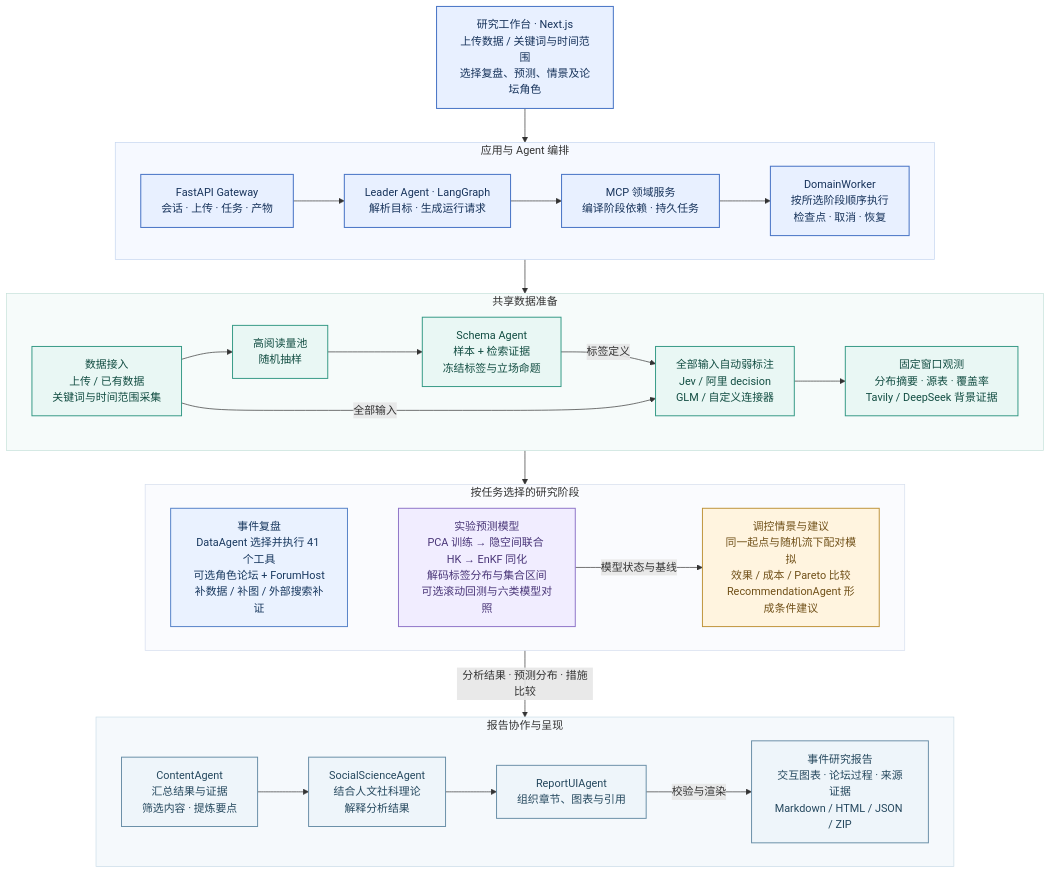
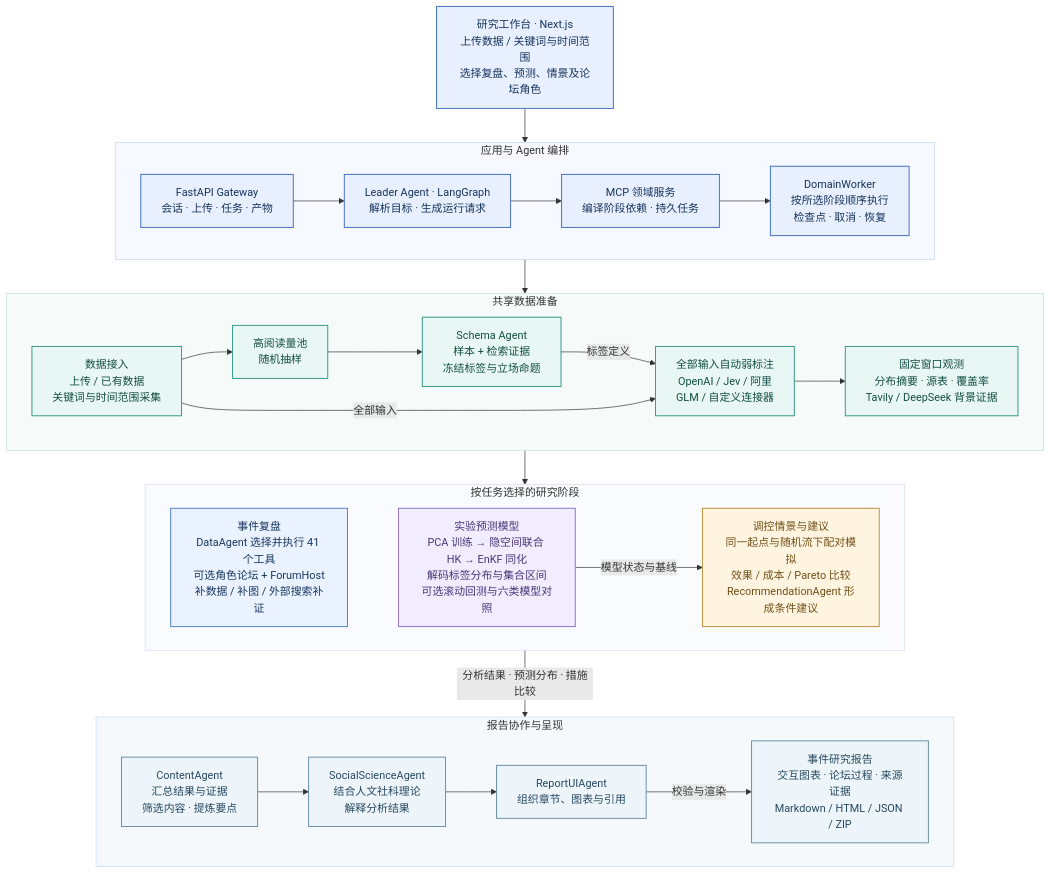
One commit to Hyacehila/Tweets2Insights changed the diagram in doc/diagrams/system-architecture.mmd. Above: the diagram before and after it, drawn with Mermaid. The commit also changed 41 other files, not shown here.

```diff
--- a/doc/diagrams/system-architecture.mmd
+++ b/doc/diagrams/system-architecture.mmd
@@ -1,61 +1,61 @@
 flowchart TB
     UI["研究工作台 · Next.js<br/>上传数据 / 关键词与时间范围<br/>选择复盘、预测、情景及论坛角色"]
 
     subgraph ORCHESTRATION["应用与 Agent 编排"]
         direction LR
         API["FastAPI Gateway<br/>会话 · 上传 · 任务 · 产物"]
         LEADER["Leader Agent · LangGraph<br/>解析目标 · 生成运行请求"]
         SERVICE["MCP 领域服务<br/>编译阶段依赖 · 持久任务"]
         WORKER["DomainWorker<br/>按所选阶段顺序执行<br/>检查点 · 取消 · 恢复"]
         API --> LEADER --> SERVICE --> WORKER
     end
     UI --> ORCHESTRATION
 
     subgraph PREP["共享数据准备"]
         direction LR
         DATA["数据接入<br/>上传 / 已有数据<br/>关键词与时间范围采集"]
         SAMPLE["高阅读量池<br/>随机抽样"]
         SCHEMA["Schema Agent<br/>样本 + 检索证据<br/>冻结标签与立场命题"]
-        LABEL["全部输入自动弱标注<br/>Jev / 阿里 decision<br/>GLM / 自定义连接器"]
+        LABEL["全部输入自动弱标注<br/>OpenAI / Jev / 阿里<br/>GLM / 自定义连接器"]
         OBS["固定窗口观测<br/>分布摘要 · 源表 · 覆盖率<br/>Tavily / DeepSeek 背景证据"]
         DATA --> SAMPLE --> SCHEMA -->|标签定义| LABEL --> OBS
         DATA -->|全部输入| LABEL
     end
     ORCHESTRATION --> PREP
 
     subgraph STUDY["按任务选择的研究阶段"]
         direction LR
         ANALYSIS["事件复盘<br/>DataAgent 选择并执行 41 个工具<br/>可选角色论坛 + ForumHost<br/>补数据 / 补图 / 外部搜索补证"]
         FORECAST["实验预测模型<br/>PCA 训练 → 隐空间联合 HK → EnKF 同化<br/>解码标签分布与集合区间<br/>可选滚动回测与六类模型对照"]
         SCENARIO["调控情景与建议<br/>同一起点与随机流下配对模拟<br/>效果 / 成本 / Pareto 比较<br/>RecommendationAgent 形成条件建议"]
         ANALYSIS ~~~ FORECAST
         FORECAST -->|模型状态与基线| SCENARIO
     end
     PREP --> STUDY
 
     subgraph REPORT["报告协作与呈现"]
         direction LR
         CONTENT["ContentAgent<br/>汇总结果与证据<br/>筛选内容 · 提炼要点"]
         THEORY["SocialScienceAgent<br/>结合人文社科理论<br/>解释分析结果"]
         LAYOUT["ReportUIAgent<br/>组织章节、图表与引用"]
         OUTPUT["事件研究报告<br/>交互图表 · 论坛过程 · 来源证据<br/>Markdown / HTML / JSON / ZIP"]
         CONTENT --> THEORY --> LAYOUT -->|校验与渲染| OUTPUT
     end
     STUDY -->|分析结果 · 预测分布 · 措施比较| REPORT
 
     classDef entry fill:#e8f0ff,stroke:#4975c6,color:#17335b,stroke-width:1.5px
     classDef prep fill:#e9f7f4,stroke:#309782,color:#124d42,stroke-width:1.4px
     classDef analysis fill:#eaf2ff,stroke:#507ec6,color:#18385f,stroke-width:1.4px
     classDef model fill:#f1edff,stroke:#8b71c6,color:#483477,stroke-width:1.4px
     classDef scenario fill:#fff4df,stroke:#bd9035,color:#705018,stroke-width:1.4px
     classDef report fill:#eef5fa,stroke:#668ca5,color:#25485e,stroke-width:1.4px
     class UI,API,LEADER,SERVICE,WORKER entry
     class DATA,SAMPLE,SCHEMA,LABEL,OBS prep
     class ANALYSIS analysis
     class FORECAST model
     class SCENARIO scenario
     class CONTENT,THEORY,LAYOUT,OUTPUT report
     style ORCHESTRATION fill:#f6f9ff,stroke:#c5d5ef
     style PREP fill:#f6fbfa,stroke:#c5e0d9
     style STUDY fill:#fafbfe,stroke:#d5deed
     style REPORT fill:#f5f9fc,stroke:#cbdce8
```
